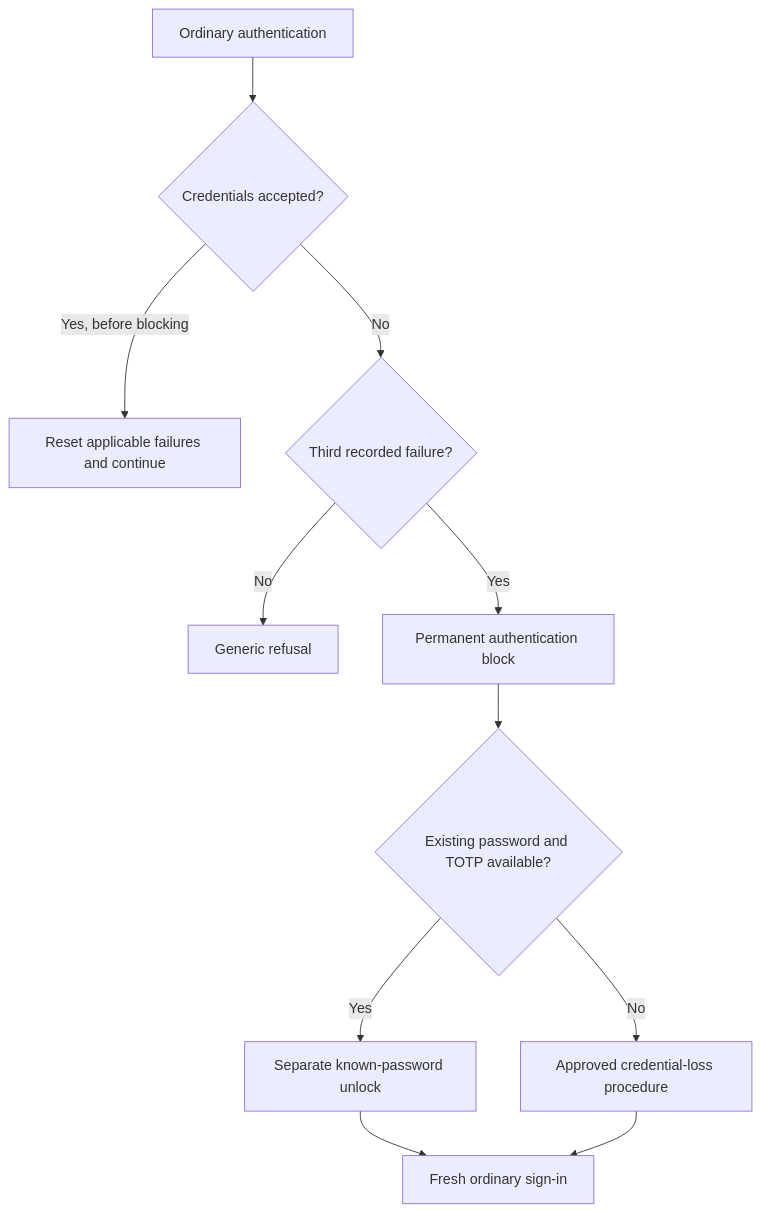
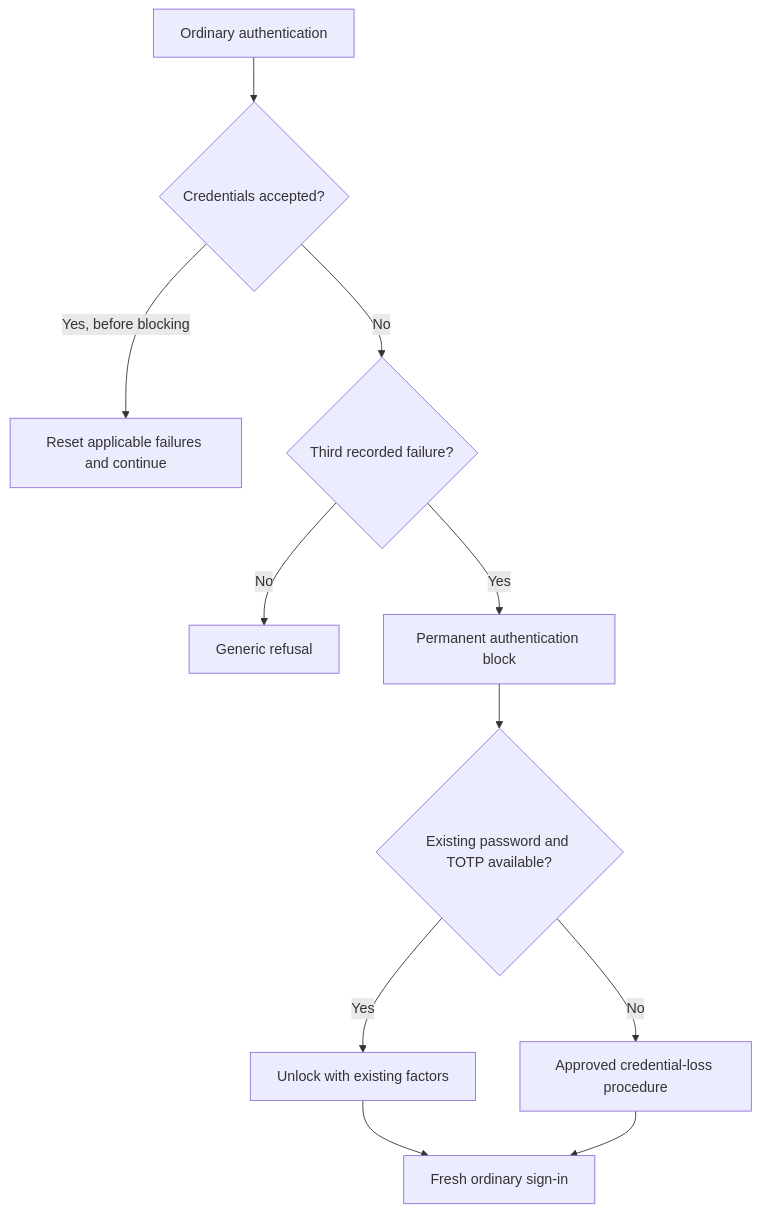
One commit to fireflysoftwaresolutions/firefly-id changed the diagram in docs/authentication-policies.md. Above: the diagram before and after it, drawn with Mermaid. The commit also changed 7 other files, not shown here.

Commit message:
Keep diagram text clear of connectors and preserve intrinsic SVG dimensions

````diff
--- a/docs/authentication-policies.md
+++ b/docs/authentication-policies.md
@@ -40,13 +40,13 @@
 ```mermaid
 flowchart TD
     Attempt[Ordinary authentication] --> Result{Credentials accepted?}
     Result -->|Yes, before blocking| Session[Reset applicable failures and continue]
     Result -->|No| Count{Third recorded failure?}
     Count -->|No| Refusal[Generic refusal]
     Count -->|Yes| Block[Permanent authentication block]
     Block --> Choice{Existing password and TOTP available?}
-    Choice -->|Yes| Unlock[Separate known-password unlock]
+    Choice -->|Yes| Unlock[Unlock with existing factors]
     Choice -->|No| Proofing[Approved credential-loss procedure]
     Unlock --> Signin[Fresh ordinary sign-in]
     Proofing --> Signin
 ```
````
